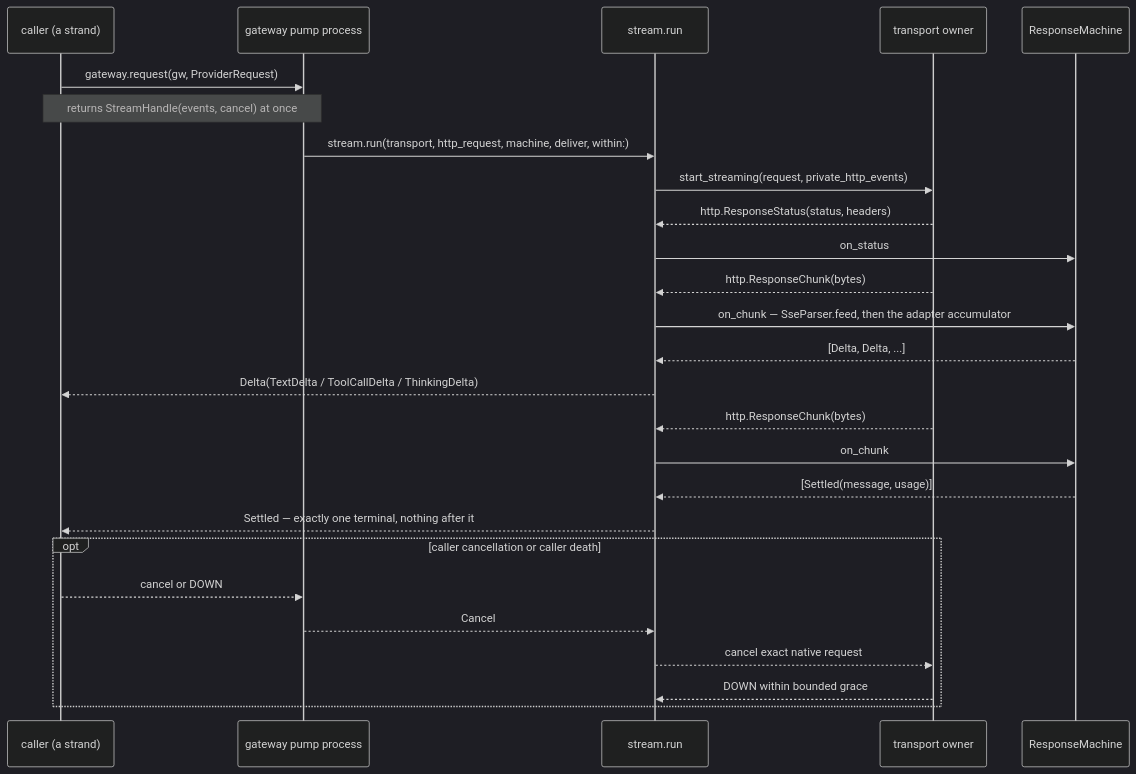
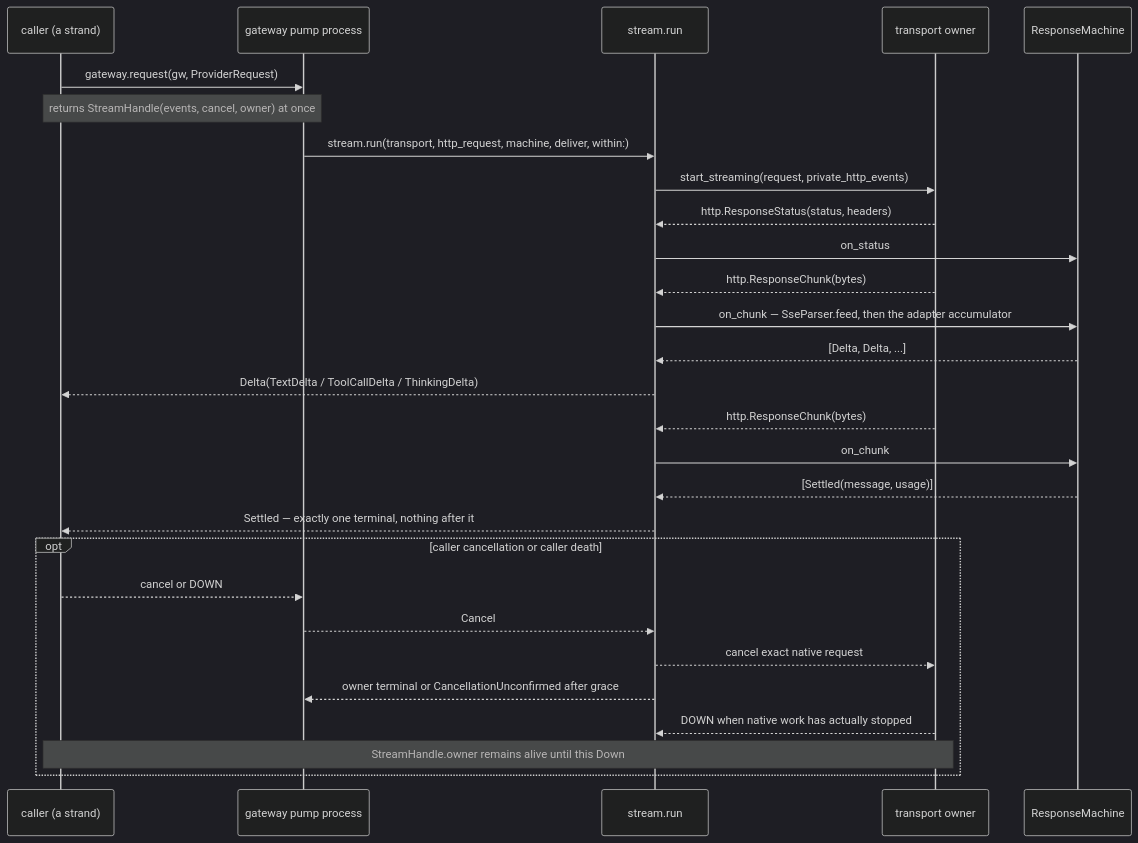
The first of 4 diagrams in packages/provider/README.md (Roasbeef/loom), drawn with Mermaid (dark theme) before and after one commit. The commit also changed other lines of this file and 19 other files, not shown here.

````diff
--- a/packages/provider/README.md
+++ b/packages/provider/README.md
@@ -26,29 +27,31 @@
 ```mermaid
 sequenceDiagram
   participant C as caller (a strand)
   participant G as gateway pump process
   participant R as stream.run
   participant T as transport owner
   participant M as ResponseMachine
 
   C->>G: gateway.request(gw, ProviderRequest)
-  Note over C,G: returns StreamHandle(events, cancel) at once
+  Note over C,G: returns StreamHandle(events, cancel, owner) at once
   G->>R: stream.run(transport, http_request, machine, deliver, within:)
   R->>T: start_streaming(request, private_http_events)
   T-->>R: http.ResponseStatus(status, headers)
   R->>M: on_status
   T-->>R: http.ResponseChunk(bytes)
   R->>M: on_chunk — SseParser.feed, then the adapter accumulator
   M-->>R: [Delta, Delta, ...]
   R-->>C: Delta(TextDelta / ToolCallDelta / ThinkingDelta)
   T-->>R: http.ResponseChunk(bytes)
   R->>M: on_chunk
   M-->>R: [Settled(message, usage)]
   R-->>C: Settled — exactly one terminal, nothing after it
   opt caller cancellation or caller death
     C-->>G: cancel or DOWN
     G-->>R: Cancel
     R-->>T: cancel exact native request
-    T-->>R: DOWN within bounded grace
+    R-->>G: owner terminal or CancellationUnconfirmed after grace
+    T-->>R: DOWN when native work has actually stopped
+    Note over C,T: StreamHandle.owner remains alive until this Down
   end
 ```
````
